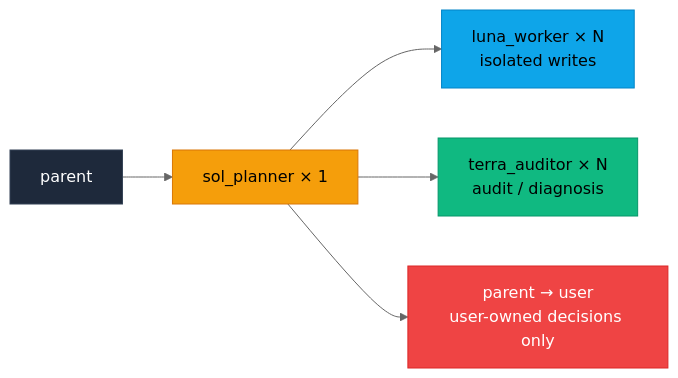
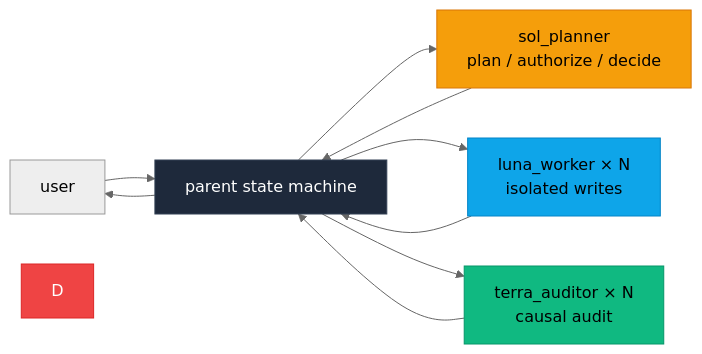
The first of 2 diagrams in README.md (GhostXia/lean-dev-router), drawn with Mermaid (neutral theme) before and after one commit. The commit also changed other lines of this file and 9 other files, not shown here.

````diff
--- a/README.md
+++ b/README.md
@@ -239,13 +248,17 @@
 ```mermaid
 flowchart LR
-    P[parent] --> S[sol_planner × 1]
-    S --> L[luna_worker × N<br/>isolated writes]
-    S --> T[terra_auditor × N<br/>audit / diagnosis]
-    S --> D[parent → user<br/>user-owned decisions only]
+    U[user] --> P[parent state machine]
+    P --> S[sol_planner<br/>plan / authorize / decide]
+    S --> P
+    P --> L[luna_worker × N<br/>isolated writes]
+    L --> P
+    P --> T[terra_auditor × N<br/>causal audit]
+    T --> P
+    P --> U
 
     style P fill:#1e293b,stroke:#334155,color:#fff
     style S fill:#f59e0b,stroke:#d97706,color:#000
     style L fill:#0ea5e9,stroke:#0284c7,color:#000
     style T fill:#10b981,stroke:#059669,color:#000
     style D fill:#ef4444,stroke:#dc2626,color:#fff
 ```
````
